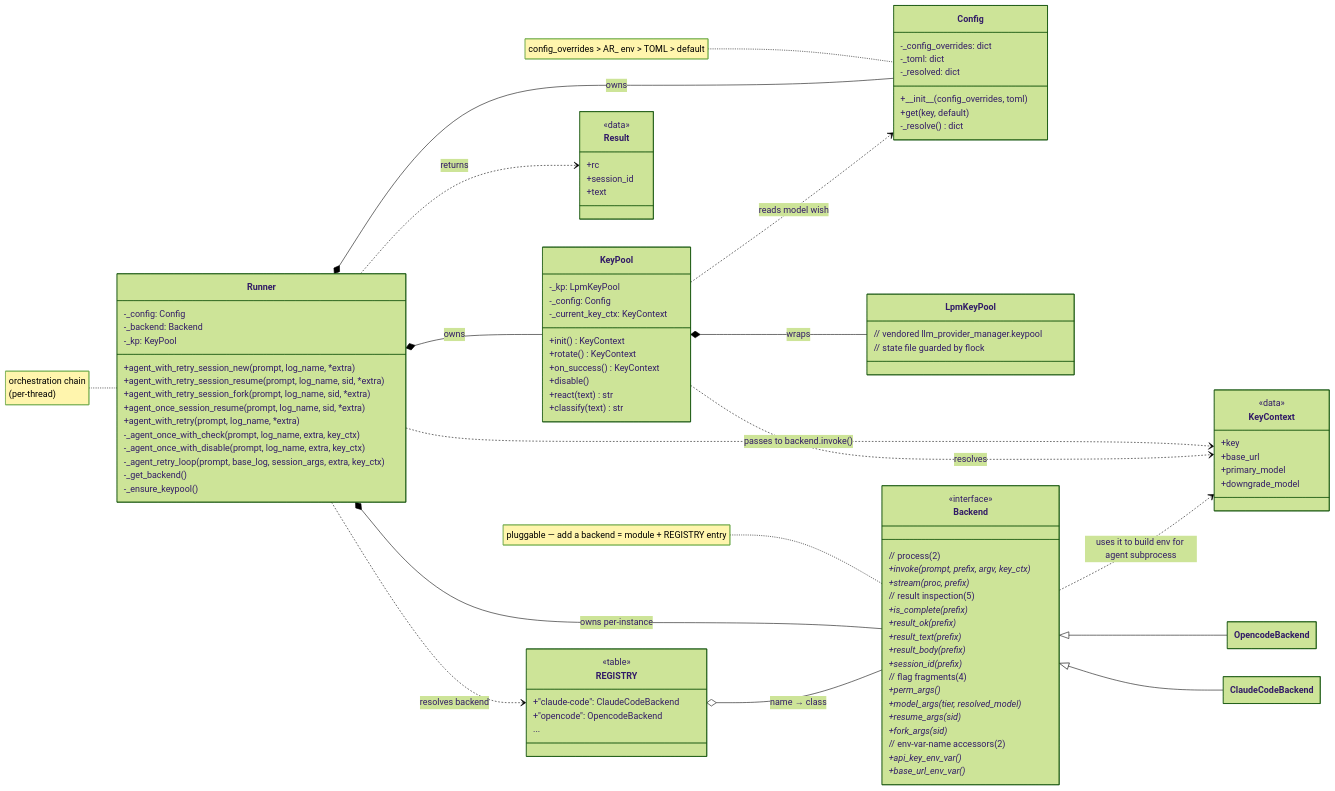
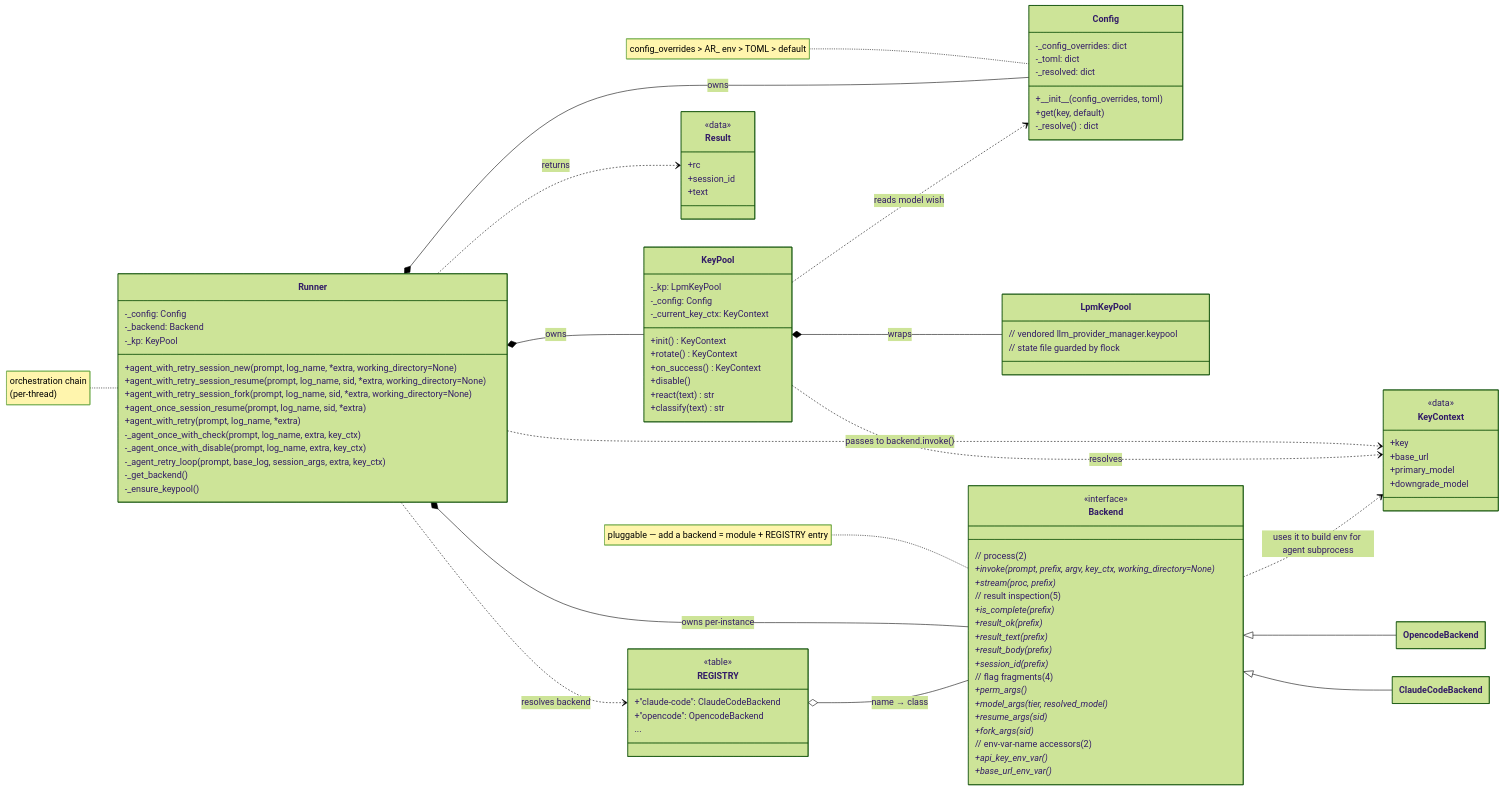
The diagram in ARCHITECTURE.md (AI4SecResearch/agent-runner), drawn with Mermaid (forest theme) before and after one commit. The commit also changed other lines of this file and 2 other files, not shown here.

Commit message:
docs(runtime): document working directory seam

```diff
--- a/ARCHITECTURE.md
+++ b/ARCHITECTURE.md
@@ -19,9 +19,9 @@
         -_config: Config
         -_backend: Backend
         -_kp: KeyPool
-        +agent_with_retry_session_new(prompt, log_name, *extra)
-        +agent_with_retry_session_resume(prompt, log_name, sid, *extra)
-        +agent_with_retry_session_fork(prompt, log_name, sid, *extra)
+        +agent_with_retry_session_new(prompt, log_name, *extra, working_directory=None)
+        +agent_with_retry_session_resume(prompt, log_name, sid, *extra, working_directory=None)
+        +agent_with_retry_session_fork(prompt, log_name, sid, *extra, working_directory=None)
         +agent_once_session_resume(prompt, log_name, sid, *extra)
         +agent_with_retry(prompt, log_name, *extra)
         -_agent_once_with_check(prompt, log_name, extra, key_ctx)
@@ -71,7 +71,7 @@
     class Backend {
         <<interface>>
         // process(2)
-        +invoke(prompt, prefix, argv, key_ctx)*
+        +invoke(prompt, prefix, argv, key_ctx, working_directory=None)*
         +stream(proc, prefix)*
         // result inspection (5)
         +is_complete(prefix)*
```
